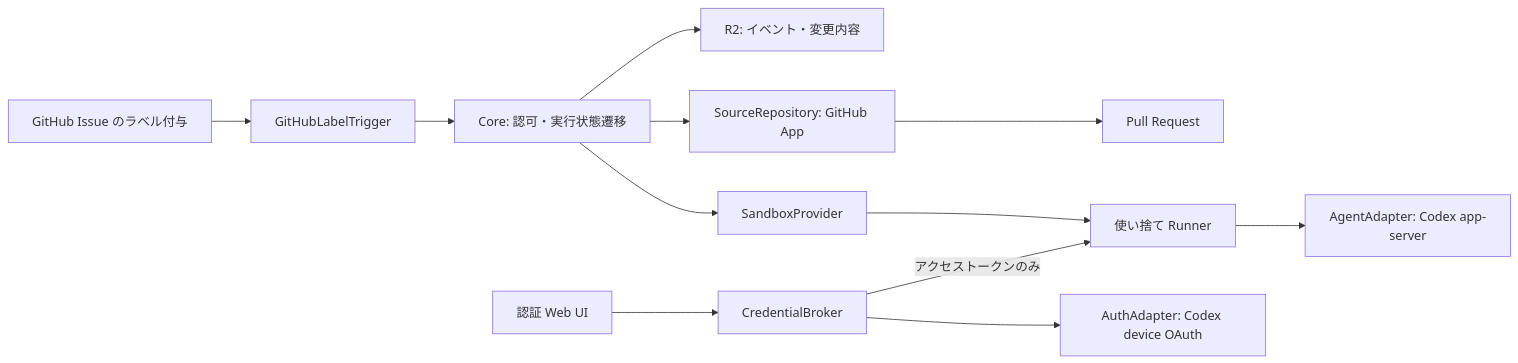
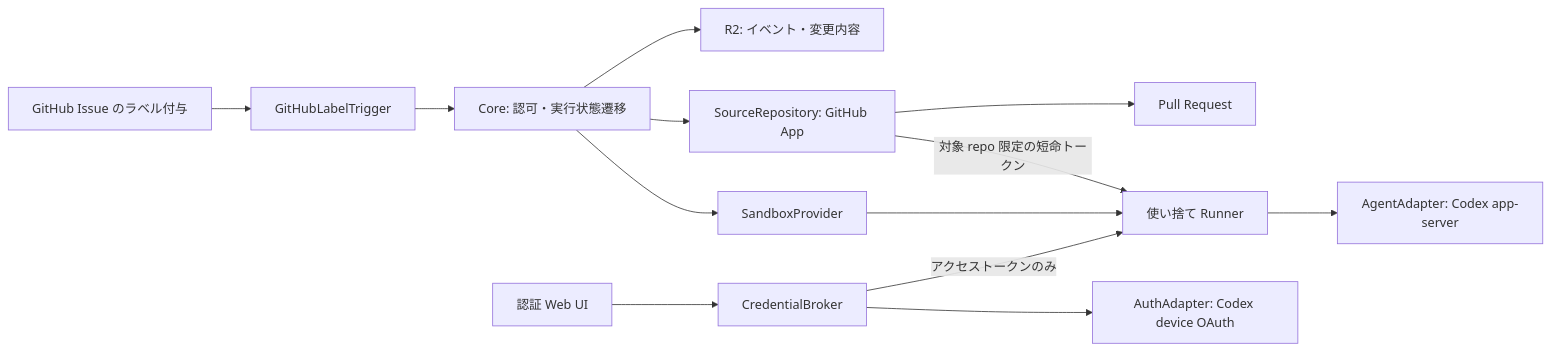
The diagram in README.md (suzuki3jp/tailos), drawn with Mermaid before and after one commit. The commit also changed other lines of this file and 17 other files, not shown here.

````diff
--- a/README.md
+++ b/README.md
@@ -11,14 +11,15 @@
 ```mermaid
 flowchart LR
   GH[GitHub Issue のラベル付与] --> T[GitHubLabelTrigger]
   T --> C[Core: 認可・実行状態遷移]
   C --> S[SandboxProvider]
   S --> R[使い捨て Runner]
   R --> A[AgentAdapter: Codex app-server]
   C --> G[SourceRepository: GitHub App]
+  G -->|対象 repo 限定の短命トークン| R
   G --> PR[Pull Request]
   WEB[認証 Web UI] --> B[CredentialBroker]
   B --> AUTH[AuthAdapter: Codex device OAuth]
   B -->|アクセストークンのみ| R
   C --> LOG[R2: イベント・変更内容]
 ```
````
